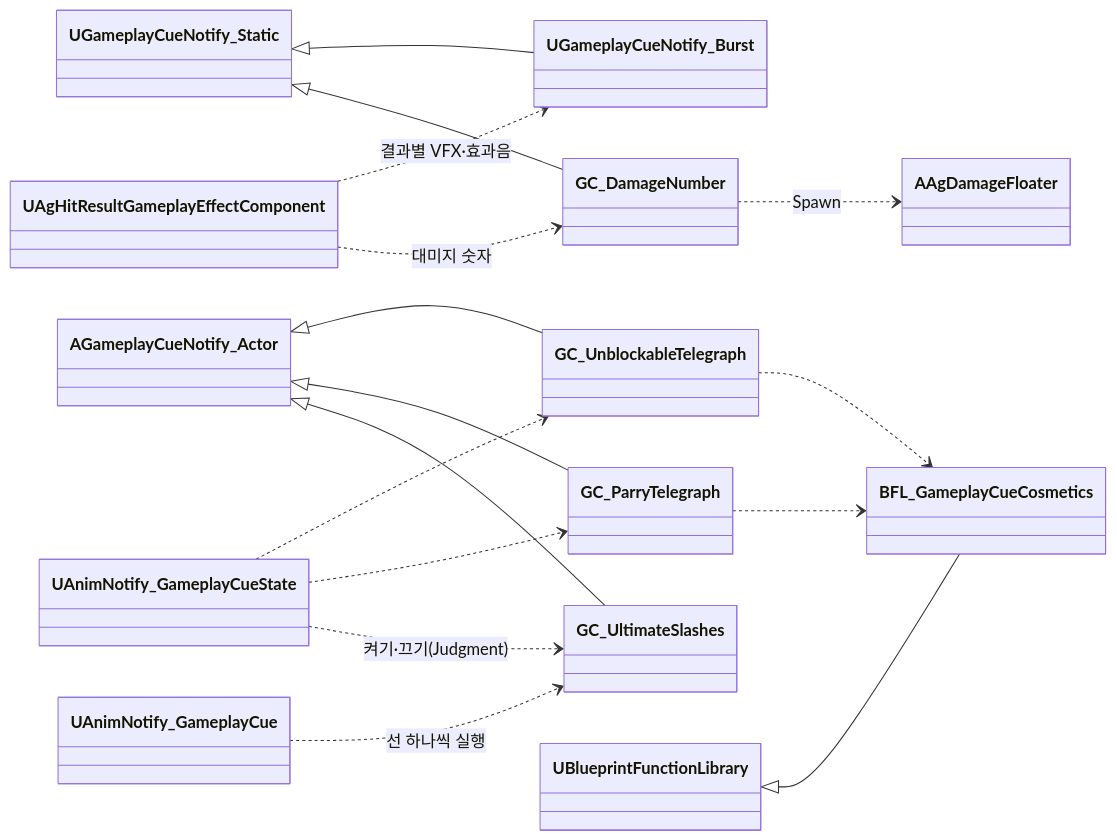
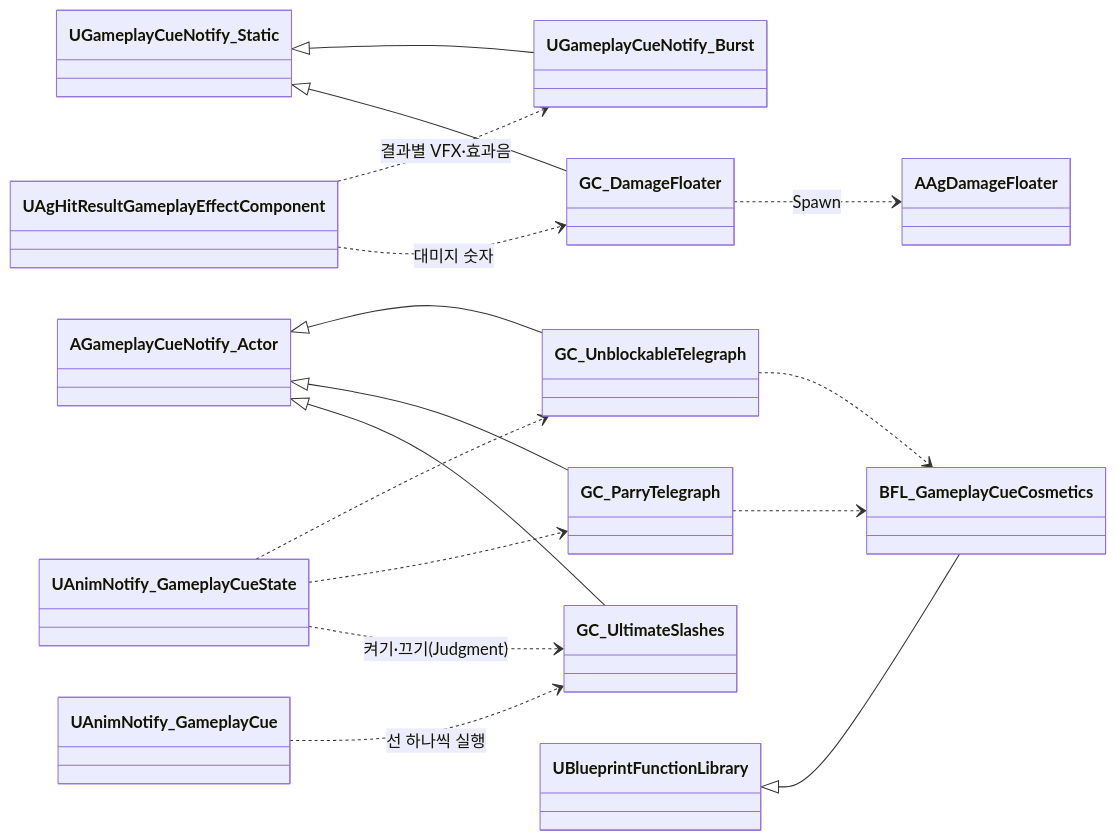
The second of 2 diagrams in Docs/Program/전투 규칙.md (Woogl/Ag), drawn with Mermaid before and after one commit. The commit also changed other lines of this file and 15 other files, not shown here.

````diff
--- a/Docs/Program/전투 규칙.md
+++ b/Docs/Program/전투 규칙.md
@@ -60,19 +60,19 @@
 ```mermaid
 classDiagram
     direction LR
     UGameplayCueNotify_Static <|-- UGameplayCueNotify_Burst
-    UGameplayCueNotify_Static <|-- GC_DamageNumber
+    UGameplayCueNotify_Static <|-- GC_DamageFloater
     AGameplayCueNotify_Actor <|-- GC_UnblockableTelegraph
     AGameplayCueNotify_Actor <|-- GC_ParryTelegraph
     AGameplayCueNotify_Actor <|-- GC_UltimateSlashes
     UBlueprintFunctionLibrary <|-- BFL_GameplayCueCosmetics
     GC_UnblockableTelegraph ..> BFL_GameplayCueCosmetics
     GC_ParryTelegraph ..> BFL_GameplayCueCosmetics
     UAgHitResultGameplayEffectComponent ..> UGameplayCueNotify_Burst : 결과별 VFX·효과음
-    UAgHitResultGameplayEffectComponent ..> GC_DamageNumber : 대미지 숫자
-    GC_DamageNumber ..> AAgDamageFloater : Spawn
+    UAgHitResultGameplayEffectComponent ..> GC_DamageFloater : 대미지 숫자
+    GC_DamageFloater ..> AAgDamageFloater : Spawn
     UAnimNotify_GameplayCueState ..> GC_UnblockableTelegraph
     UAnimNotify_GameplayCueState ..> GC_ParryTelegraph
     UAnimNotify_GameplayCueState ..> GC_UltimateSlashes : 켜기·끄기(Judgment)
     UAnimNotify_GameplayCue ..> GC_UltimateSlashes : 선 하나씩 실행
 ```
````
